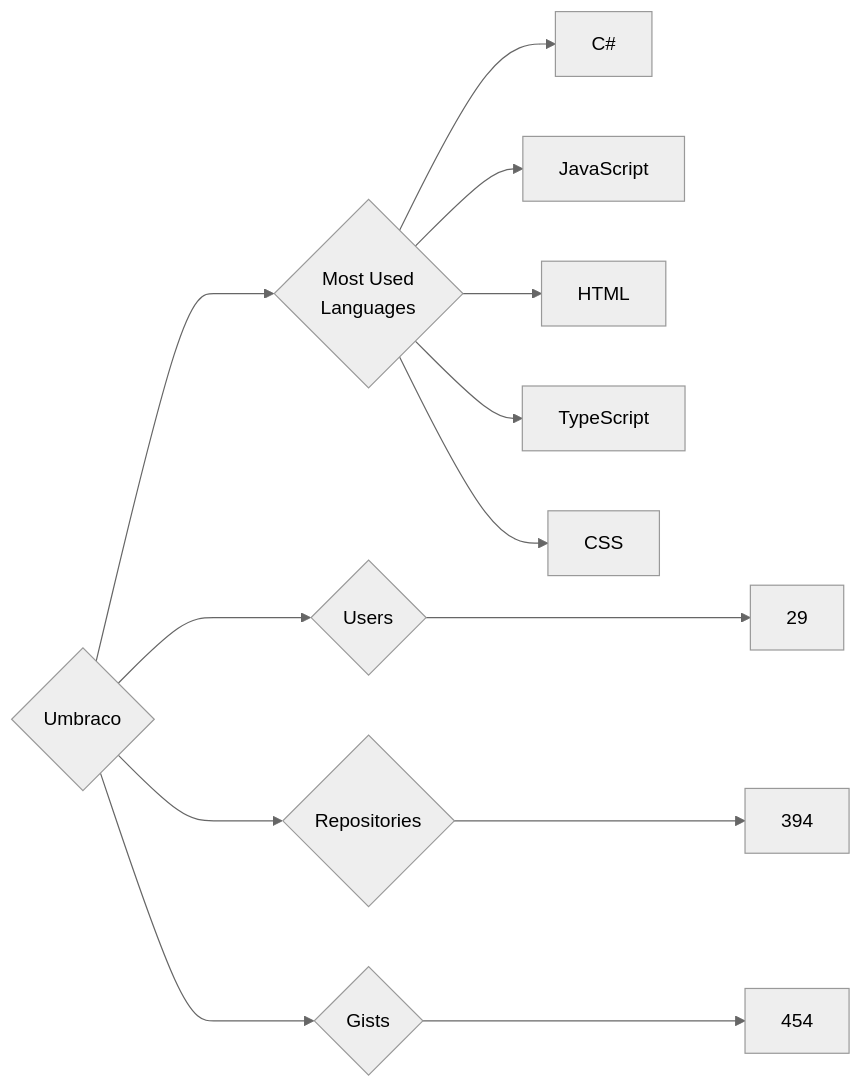
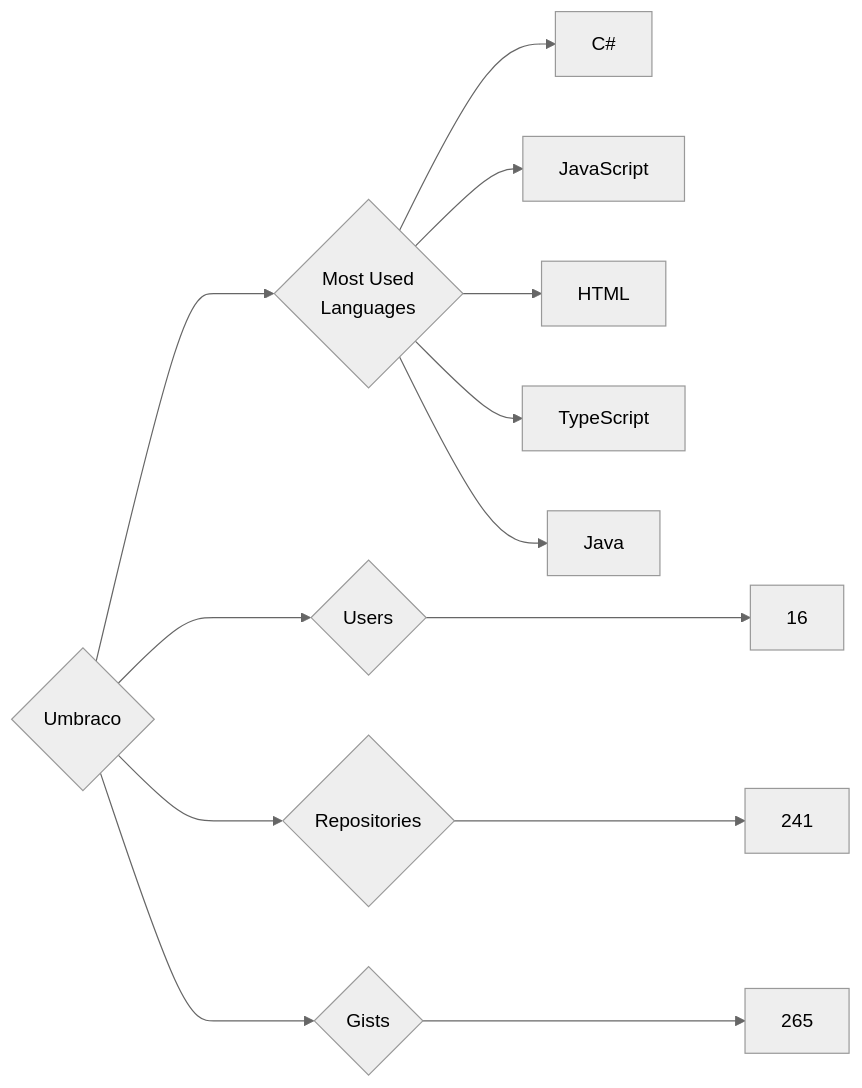
One commit to trickest/insiders changed the diagram in targets/Umbraco/README.md. Above: the diagram before and after it, drawn with Mermaid (neutral theme). The commit also changed 964 other files, not shown here.

````diff
--- a/targets/Umbraco/README.md
+++ b/targets/Umbraco/README.md
@@ -3,13 +3,13 @@
 ```mermaid
 graph LR
 COMPANY_NAME{Umbraco}
-COMPANY_NAME ---> U{Users} ---> UN[29]
-COMPANY_NAME ---> R{Repositories} ---> RN[394]
-COMPANY_NAME ---> G{Gists} ---> GN[454]
+COMPANY_NAME ---> U{Users} ---> UN[16]
+COMPANY_NAME ---> R{Repositories} ---> RN[241]
+COMPANY_NAME ---> G{Gists} ---> GN[265]
 COMPANY_NAME ---> ML{Most Used<br>Languages}
 ML --> C#[C#]
 ML --> JavaScript[JavaScript]
 ML --> HTML[HTML]
 ML --> TypeScript[TypeScript]
-ML --> CSS[CSS]
+ML --> Java[Java]
 ```
````
